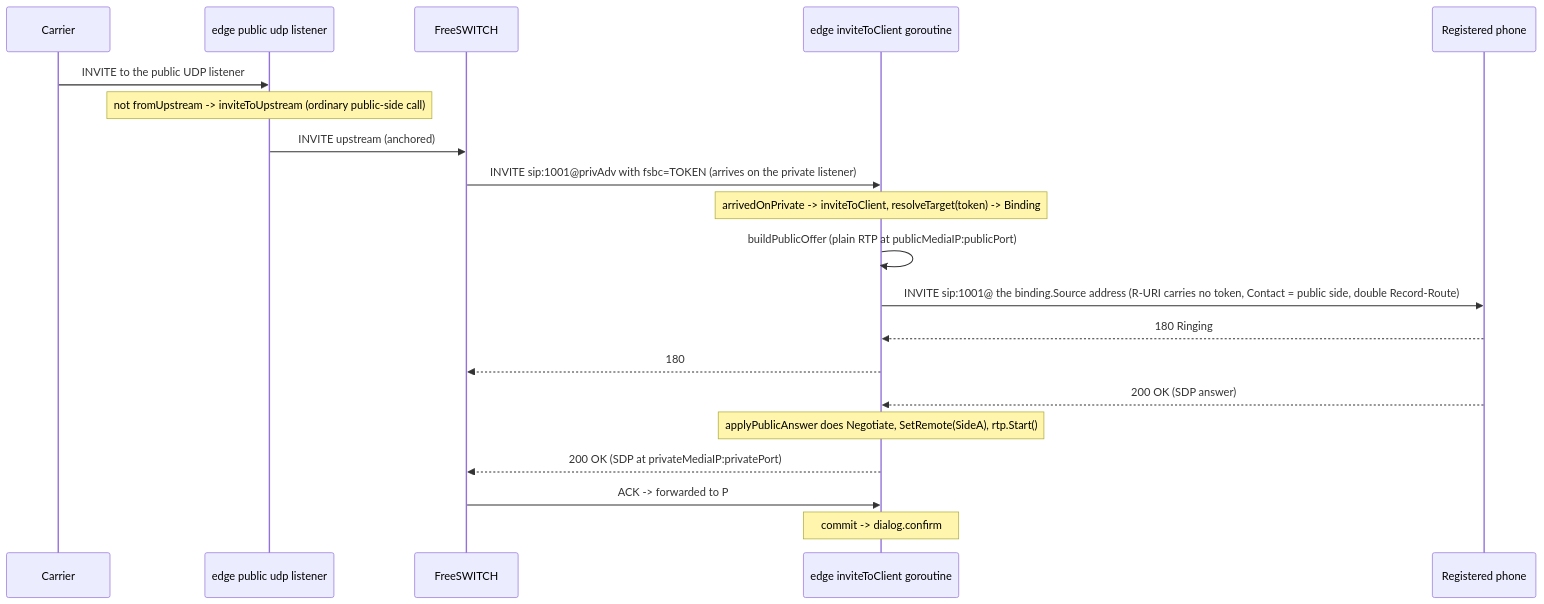
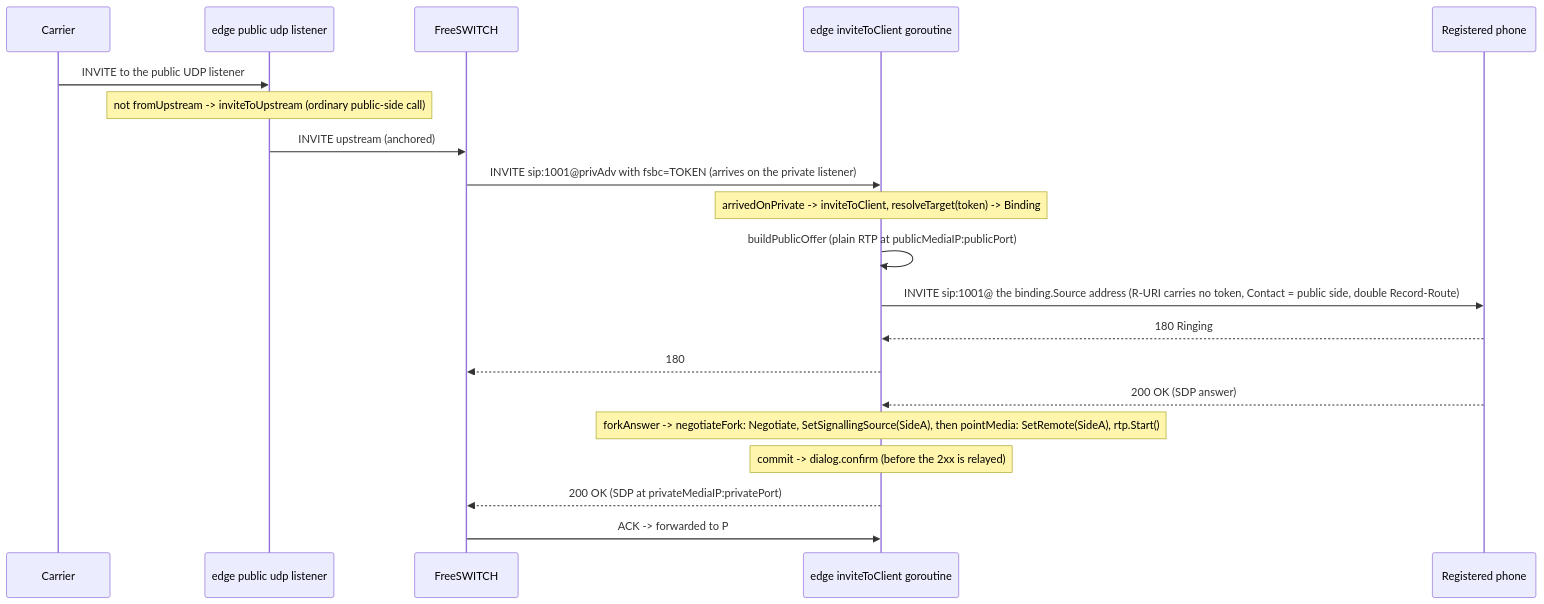
Diagram 15 of 19 in docs/design.md (rasonyang/freesbc), drawn with Mermaid before and after one commit. The commit also changed other lines of this file and 4 other files, not shown here.

````diff
--- a/docs/design.md
+++ b/docs/design.md
@@ -2717,23 +2829,23 @@
 ```mermaid
 sequenceDiagram
     participant C as Carrier
     participant Hp as edge public udp listener
     participant FS as FreeSWITCH
     participant Hc as edge inviteToClient goroutine
     participant P as Registered phone
 
     C->>Hp: INVITE to the public UDP listener
     Note over Hp: not fromUpstream -> inviteToUpstream (ordinary public-side call)
     Hp->>FS: INVITE upstream (anchored)
     FS->>Hc: INVITE sip:1001@privAdv with fsbc=TOKEN (arrives on the private listener)
     Note over Hc: arrivedOnPrivate -> inviteToClient, resolveTarget(token) -> Binding
     Hc->>Hc: buildPublicOffer (plain RTP at publicMediaIP:publicPort)
     Hc->>P: INVITE sip:1001@ the binding.Source address (R-URI carries no token, Contact = public side, double Record-Route)
     P-->>Hc: 180 Ringing
     Hc-->>FS: 180
     P-->>Hc: 200 OK (SDP answer)
-    Note over Hc: applyPublicAnswer does Negotiate, SetRemote(SideA), rtp.Start()
+    Note over Hc: forkAnswer -> negotiateFork: Negotiate, SetSignallingSource(SideA), then pointMedia: SetRemote(SideA), rtp.Start()
+    Note over Hc: commit -> dialog.confirm (before the 2xx is relayed)
     Hc-->>FS: 200 OK (SDP at privateMediaIP:privatePort)
     FS->>Hc: ACK -> forwarded to P
-    Note over Hc: commit -> dialog.confirm
 ```
````
